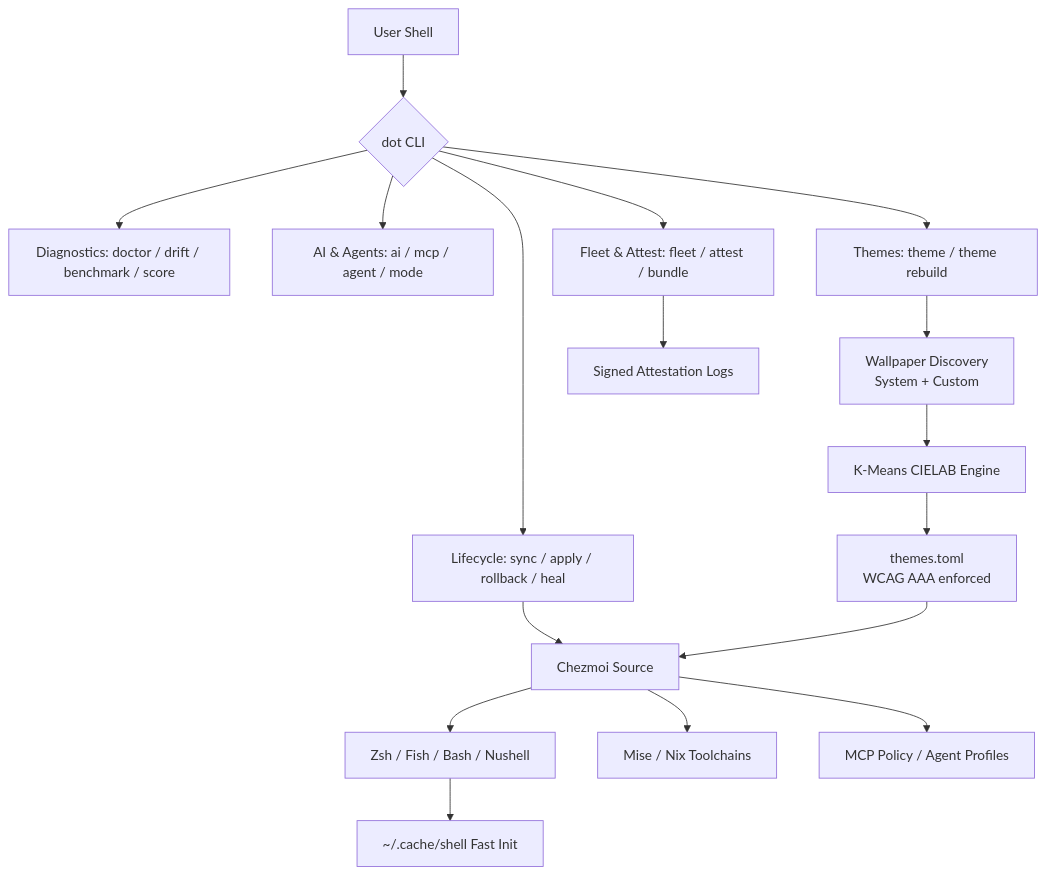
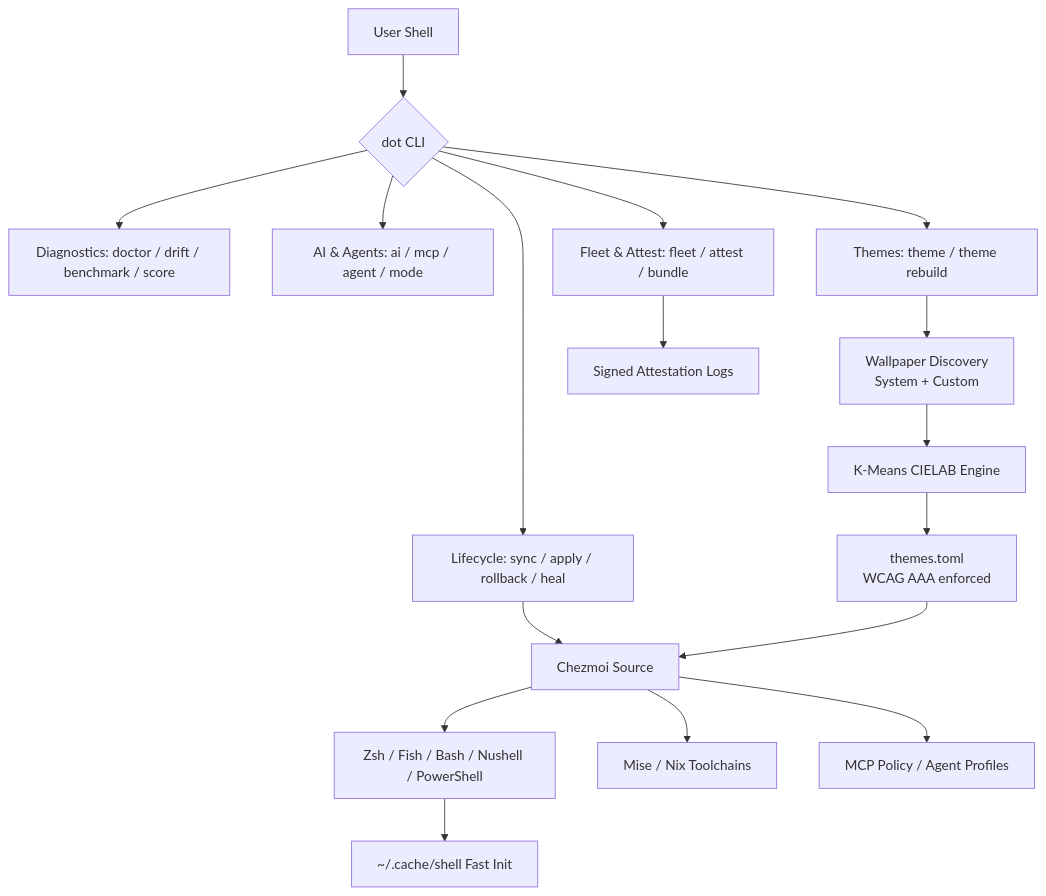
The diagram in README.md (sebastienrousseau/dotfiles), drawn with Mermaid before and after one commit. The commit also changed other lines of this file and 681 other files, not shown here.

First line of the commit message:
v0.2.501 — xtrace coverage, OIDC, schema, warp+iterm2, AI tools, heal-fix (#848)

````diff
--- a/README.md
+++ b/README.md
@@ -83,22 +99,22 @@
 ```mermaid
 graph TD
     A[User Shell] --> B{dot CLI}
     B --> C[Lifecycle: sync / apply / rollback / heal]
     B --> D[Diagnostics: doctor / drift / benchmark / score]
     B --> E[AI & Agents: ai / mcp / agent / mode]
     B --> F[Themes: theme / theme rebuild]
     B --> G[Fleet & Attest: fleet / attest / bundle]
 
     C --> H[Chezmoi Source]
     F --> I[Wallpaper Discovery<br/>System + Custom]
     I --> J[K-Means CIELAB Engine]
     J --> K[themes.toml<br/>WCAG AAA enforced]
     K --> H
 
-    H --> L[Zsh / Fish / Bash / Nushell]
+    H --> L[Zsh / Fish / Bash / Nushell / PowerShell]
     H --> M[Mise / Nix Toolchains]
     H --> N[MCP Policy / Agent Profiles]
     L --> O[~/.cache/shell Fast Init]
 
     G --> P[Signed Attestation Logs]
 ```
````
